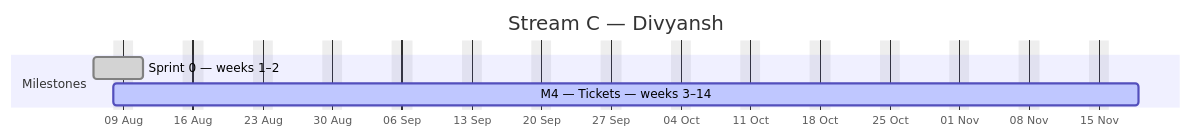
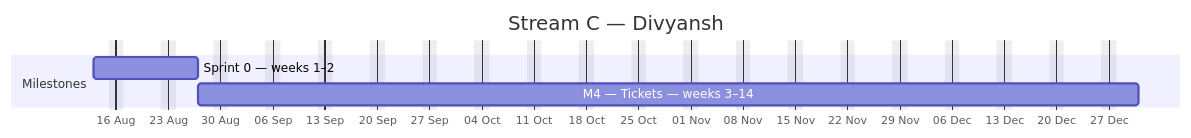
Before and after one commit to debashisedunext/EduTrack: the third of 4 diagrams in docs/plan/GANTT.md, drawn with Mermaid. The commit also changed other lines of this file and 3 other files, not shown here.

````diff
--- a/docs/plan/GANTT.md
+++ b/docs/plan/GANTT.md
@@ -159,10 +171,10 @@
 ```mermaid
 gantt
     dateFormat YYYY-MM-DD
     axisFormat %d %b
     title Stream C — Divyansh
     excludes weekends
     section Milestones
-    Sprint 0 — weeks 1–2 :done, c0, 2026-08-06, 3d
-    M4 — Tickets — weeks 3–14 :active, c1, 2026-08-08, 74d
+    Sprint 0 — weeks 1–2 :c0, 2026-08-13, 10d
+    M4 — Tickets — weeks 3–14 :c1, 2026-08-27, 90d
 ```
````
